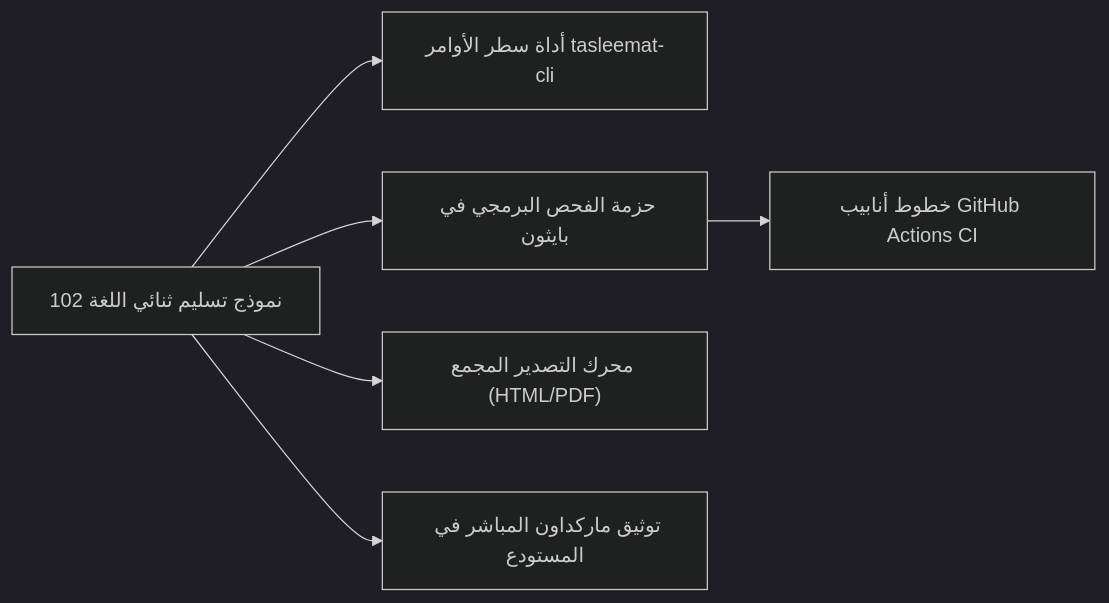
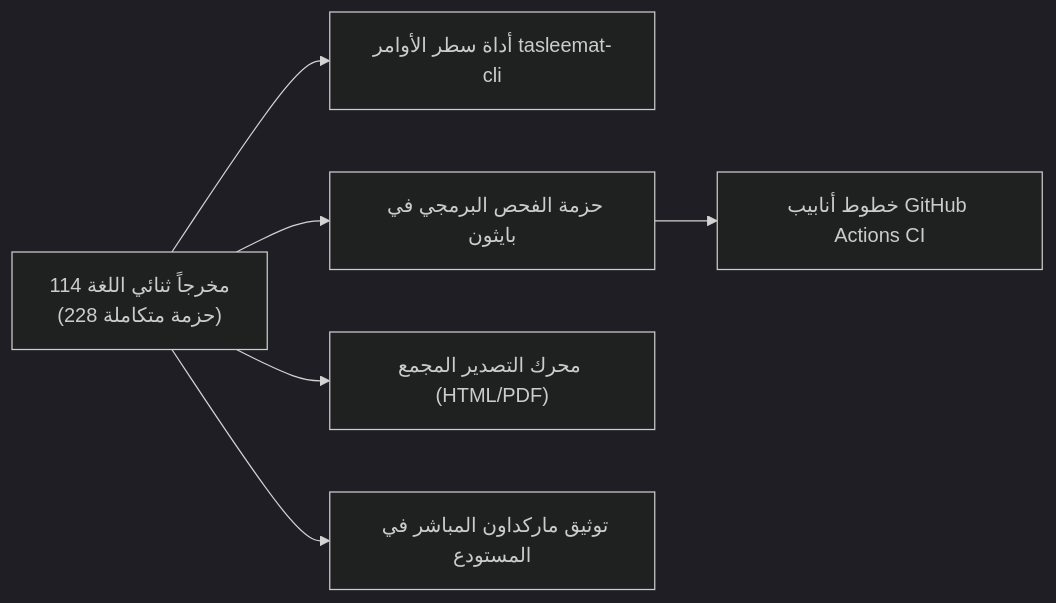
One commit to fakhruldeen/Tasleemat changed the diagram in docs/ar/11_tools_and_automation.md. Above: the diagram before and after it, drawn with Mermaid (dark theme). The commit also changed other lines of this file and 48 other files, not shown here.

````diff
--- a/docs/ar/11_tools_and_automation.md
+++ b/docs/ar/11_tools_and_automation.md
@@ -34,8 +34,8 @@
 ```mermaid
 flowchart LR
-    A["102 نموذج تسليم ثنائي اللغة"] --> B["أداة سطر الأوامر tasleemat-cli"]
+    A["114 مخرجاً ثنائي اللغة<br/>(228 حزمة متكاملة)"] --> B["أداة سطر الأوامر tasleemat-cli"]
     A --> C["حزمة الفحص البرمجي في بايثون"]
     C --> D["خطوط أنابيب GitHub Actions CI"]
     A --> E["محرك التصدير المجمع (HTML/PDF)"]
     A --> F["توثيق ماركداون المباشر في المستودع"]
 ```
````
